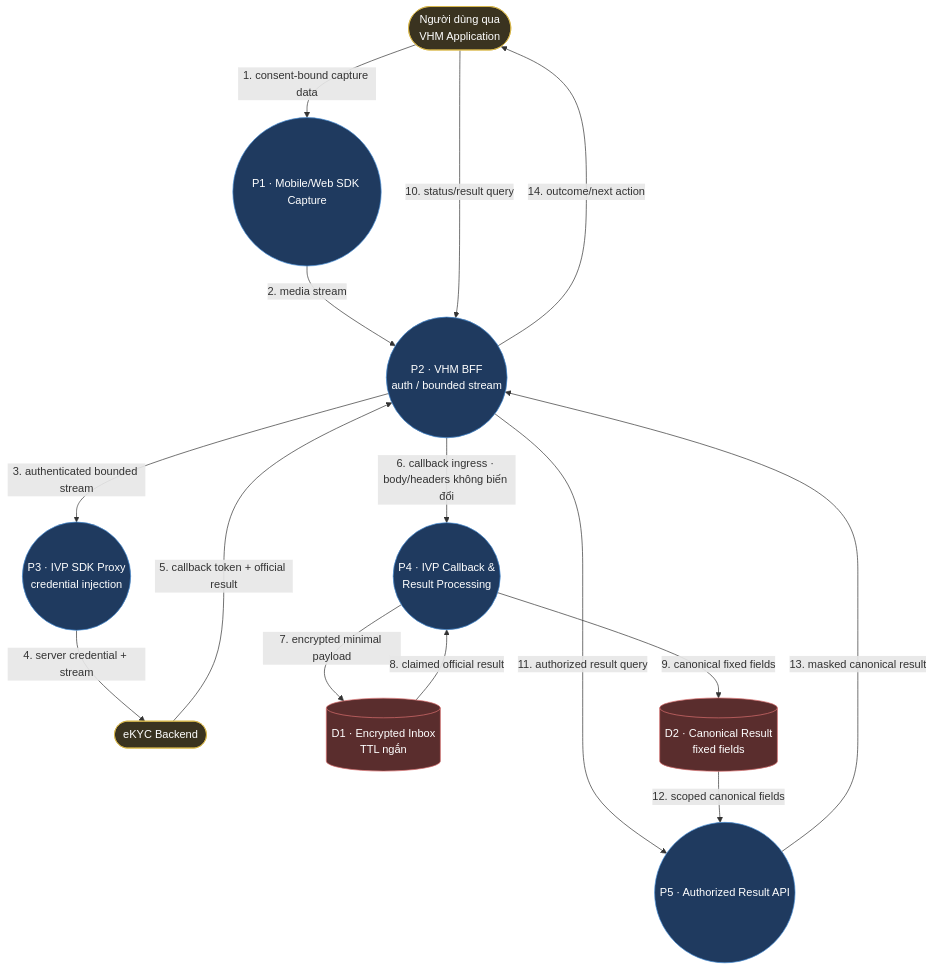
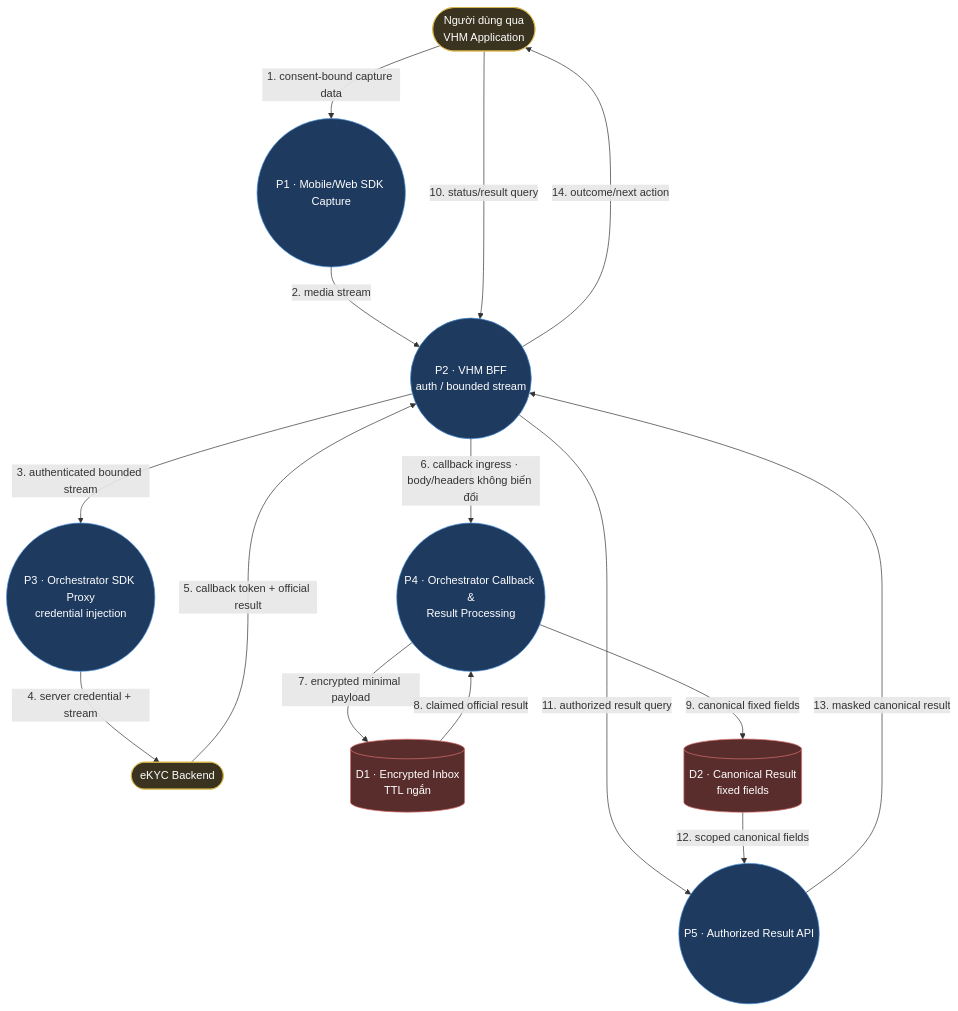
Before and after one commit to huynv-xyz/vhm: diagram 16 of 16 in README.md, drawn with Mermaid. The commit also changed other lines of this file, not shown here.

````diff
--- a/README.md
+++ b/README.md
@@ -1855,31 +1858,31 @@
 ```mermaid
 flowchart TB
     APP(["Người dùng qua<br/>VHM Application"]):::entity
     BACKEND(["eKYC Backend"]):::entity
     CAPTURE(("P1 · Mobile/Web SDK Capture")):::process
     BFF(("P2 · VHM BFF<br/>auth / bounded stream")):::process
-    IVP_PROXY(("P3 · IVP SDK Proxy<br/>credential injection")):::process
-    RESULT_PROCESS(("P4 · IVP Callback &<br/>Result Processing")):::process
+    ORCHESTRATOR_PROXY(("P3 · Orchestrator SDK Proxy<br/>credential injection")):::process
+    RESULT_PROCESS(("P4 · Orchestrator Callback &<br/>Result Processing")):::process
     RESULT_API(("P5 · Authorized Result API")):::process
     INBOX[("D1 · Encrypted Inbox<br/>TTL ngắn")]:::sensitive
     RESULT[("D2 · Canonical Result<br/>fixed fields")]:::sensitive
 
     APP -->|"1. consent-bound capture data"| CAPTURE
     CAPTURE -->|"2. media stream"| BFF
-    BFF -->|"3. authenticated bounded stream"| IVP_PROXY
-    IVP_PROXY -->|"4. server credential + stream"| BACKEND
+    BFF -->|"3. authenticated bounded stream"| ORCHESTRATOR_PROXY
+    ORCHESTRATOR_PROXY -->|"4. server credential + stream"| BACKEND
     BACKEND -->|"5. callback token + official result"| BFF
     BFF -->|"6. callback ingress · body/headers không biến đổi"| RESULT_PROCESS
     RESULT_PROCESS -->|"7. encrypted minimal payload"| INBOX
     INBOX -->|"8. claimed official result"| RESULT_PROCESS
     RESULT_PROCESS -->|"9. canonical fixed fields"| RESULT
     APP -->|"10. status/result query"| BFF
     BFF -->|"11. authorized result query"| RESULT_API
     RESULT -->|"12. scoped canonical fields"| RESULT_API
     RESULT_API -->|"13. masked canonical result"| BFF
     BFF -->|"14. outcome/next action"| APP
 
     classDef entity fill:#3a3320,stroke:#d9b84a,color:#fff;
     classDef process fill:#1f3a5f,stroke:#4a90d9,color:#fff;
     classDef sensitive fill:#5a2d2d,stroke:#d96f6f,color:#fff;
 ```
````
